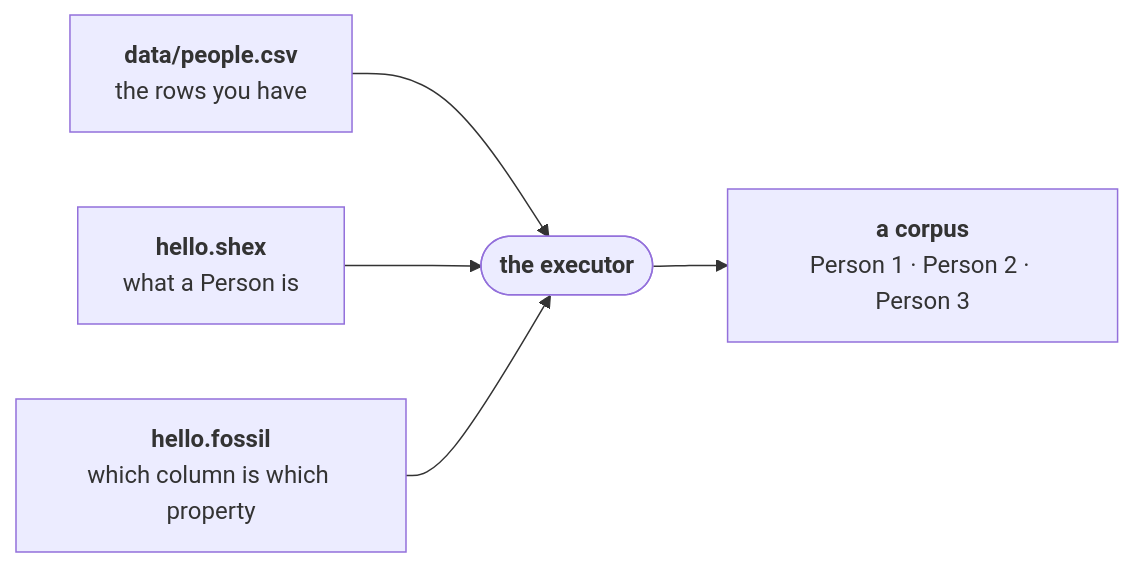
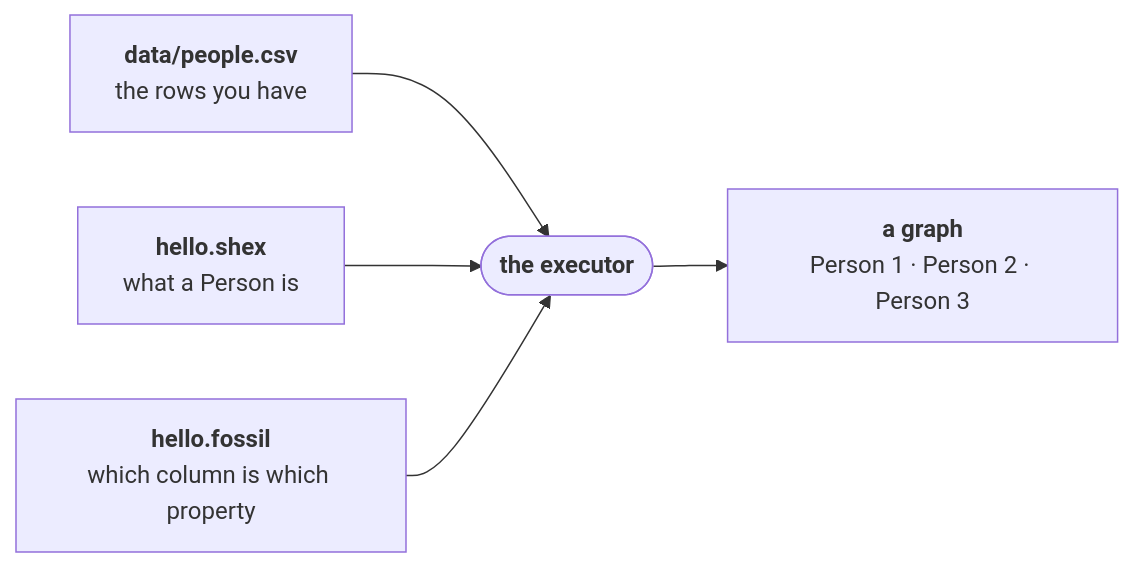
Before and after one commit to Kanzo-Tech/fossil-lang: the diagram in docs/content/docs/book/getting-started.mdx, drawn with Mermaid. The commit also changed other lines of this file and 156 other files, not shown here.

First line of the commit message:
F1c: delete packages/corpus, port its integration to the executor, rewrite the docs for the GraphAr graph

````diff
--- a/docs/content/docs/book/getting-started.mdx
+++ b/docs/content/docs/book/getting-started.mdx
@@ -9,7 +9,7 @@
 ```mermaid
 flowchart LR
   CSV["<b>data/people.csv</b><br/>the rows you have"] --> RUN(["<b>the executor</b>"])
   SHEX["<b>hello.shex</b><br/>what a Person is"] --> RUN
   PROG["<b>hello.fossil</b><br/>which column is which property"] --> RUN
-  RUN --> OUT["<b>a corpus</b><br/>Person 1 · Person 2 · Person 3"]
+  RUN --> OUT["<b>a graph</b><br/>Person 1 · Person 2 · Person 3"]
 ```
````
